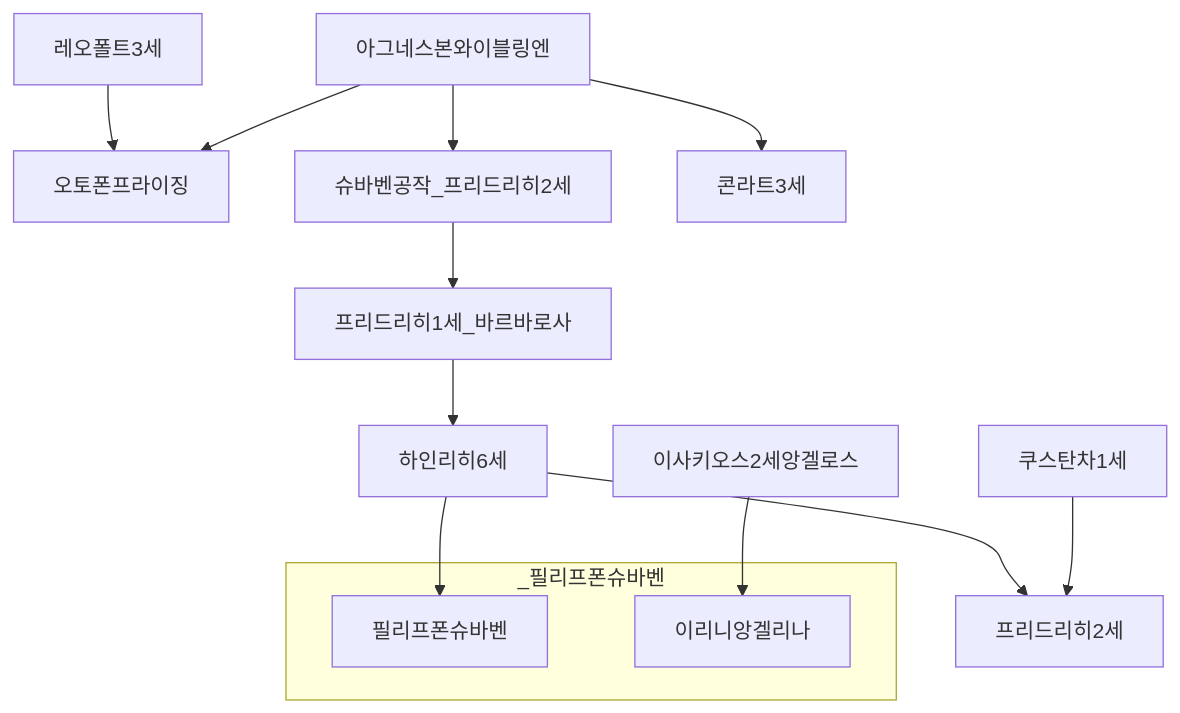
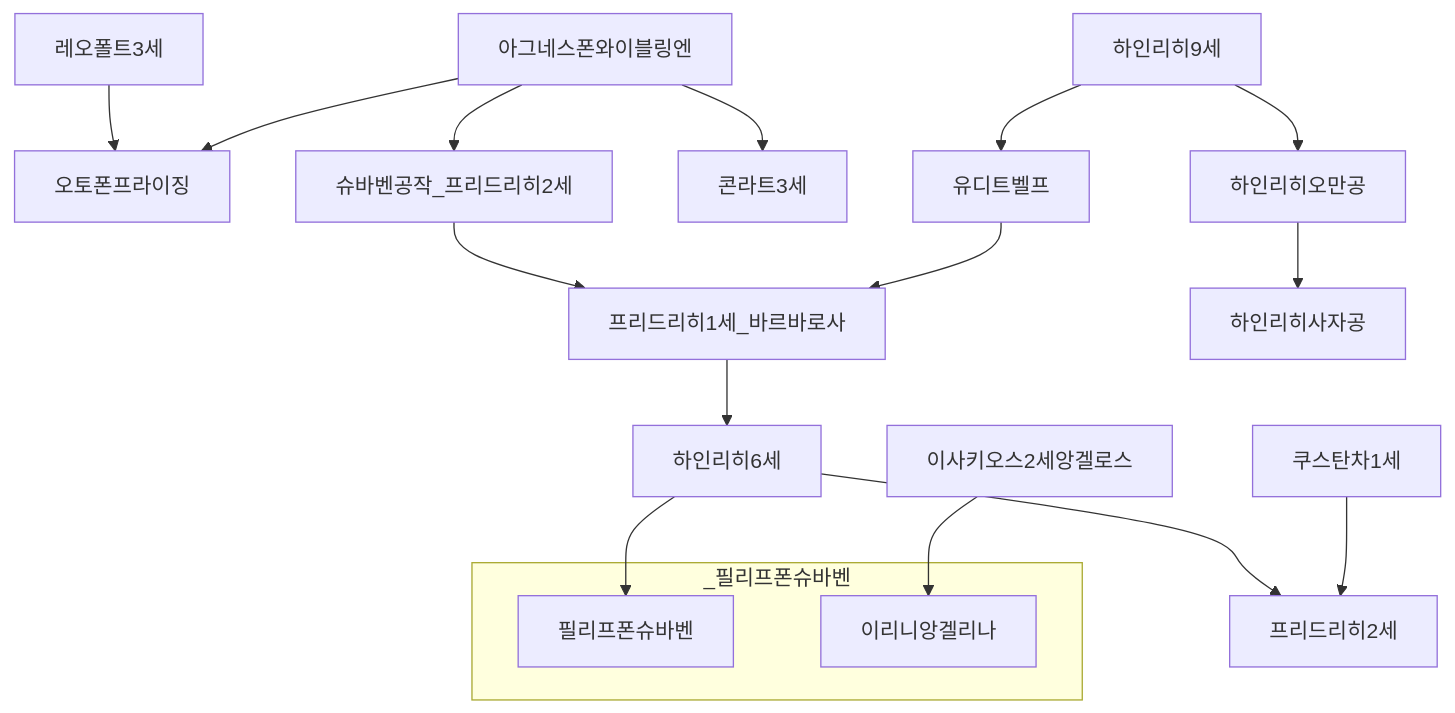
The diagram in 세계사/프리드리히2세주변.md (daewonyoon/historigram), drawn with Mermaid before and after one commit. The commit also changed 3 other files, not shown here.

````diff
--- a/세계사/프리드리히2세주변.md
+++ b/세계사/프리드리히2세주변.md
@@ -1,20 +1,26 @@
 ```mermaid
 
 graph TD
    
   프리드리히1세_바르바로사 --> 하인리히6세 --> 프리드리히2세
   쿠스탄차1세 --> 프리드리히2세
   하인리히6세 --> 필리프폰슈바벤
   이사키오스2세앙겔로스 --> 이리니앙겔리나
   subgraph _필리프폰슈바벤
     필리프폰슈바벤
     이리니앙겔리나
   end
 
   레오폴트3세 --> 오토폰프라이징
-  아그네스본와이블링엔 --> 오토폰프라이징
+  아그네스폰와이블링엔 --> 오토폰프라이징
 
-  아그네스본와이블링엔 --> 슈바벤공작_프리드리히2세 --> 프리드리히1세_바르바로사
-  아그네스본와이블링엔 --> 콘라트3세
+  아그네스폰와이블링엔 --> 슈바벤공작_프리드리히2세 --> 프리드리히1세_바르바로사
+  아그네스폰와이블링엔 --> 콘라트3세
+
+  하인리히오만공 --> 하인리히사자공
+  하인리히9세 --> 유디트벨프 --> 프리드리히1세_바르바로사
+
+  하인리히9세 --> 하인리히오만공
+
 
 ```  
````
